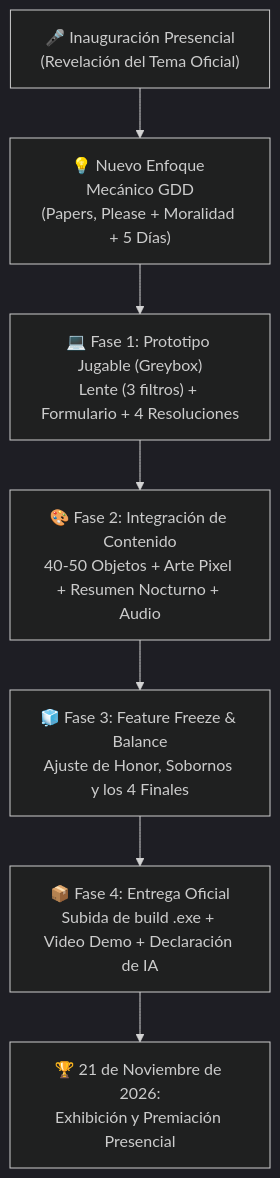
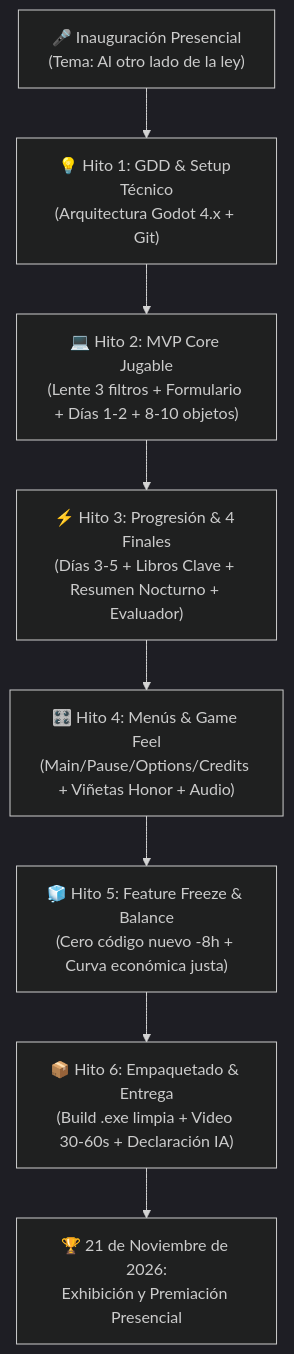
The diagram in 01_Planificacion_y_Tareas/Cronograma.md (StephenQuispeLipa/game-jam-umsa-2026-marraquetastudios-obsidian), drawn with Mermaid (dark theme) before and after one commit. The commit also changed other lines of this file and 8 other files, not shown here.

````diff
--- a/01_Planificacion_y_Tareas/Cronograma.md
+++ b/01_Planificacion_y_Tareas/Cronograma.md
@@ -13,9 +13,10 @@
 ```mermaid
 flowchart TD
-    Inauguracion["🎤 Inauguración Presencial<br>(Revelación del Tema Oficial)"] --> GDDUpdate["💡 Nuevo Enfoque Mecánico GDD<br>(Papers, Please + Moralidad + 5 Días)"]
-    GDDUpdate --> DevCore["💻 Fase 1: Prototipo Jugable (Greybox)<br>Lente (3 filtros) + Formulario + 4 Resoluciones"]
-    DevCore --> Integracion["🎨 Fase 2: Integración de Contenido<br>40-50 Objetos + Arte Pixel + Resumen Nocturno + Audio"]
-    Integracion --> Freeze["🧊 Fase 3: Feature Freeze & Balance<br>Ajuste de Honor, Sobornos y los 4 Finales"]
-    Freeze --> BuildFinal["📦 Fase 4: Entrega Oficial<br>Subida de build .exe + Video Demo + Declaración de IA"]
+    Inauguracion["🎤 Inauguración Presencial<br>(Tema: Al otro lado de la ley)"] --> Kickoff["💡 Hito 1: GDD & Setup Técnico<br>(Arquitectura Godot 4.x + Git)"]
+    Kickoff --> MVP["💻 Hito 2: MVP Core Jugable<br>(Lente 3 filtros + Formulario + Días 1-2 + 8-10 objetos)"]
+    MVP --> Progresion["⚡ Hito 3: Progresión & 4 Finales<br>(Días 3-5 + Libros Clave + Resumen Nocturno + Evaluador)"]
+    Progresion --> Polish["🎛️ Hito 4: Menús & Game Feel<br>(Main/Pause/Options/Credits + Viñetas Honor + Audio)"]
+    Polish --> Freeze["🧊 Hito 5: Feature Freeze & Balance<br>(Cero código nuevo -8h + Curva económica justa)"]
+    Freeze --> BuildFinal["📦 Hito 6: Empaquetado & Entrega<br>(Build .exe limpia + Video 30-60s + Declaración IA)"]
     BuildFinal --> Presencial["🏆 21 de Noviembre de 2026:<br>Exhibición y Premiación Presencial"]
 ```
````
